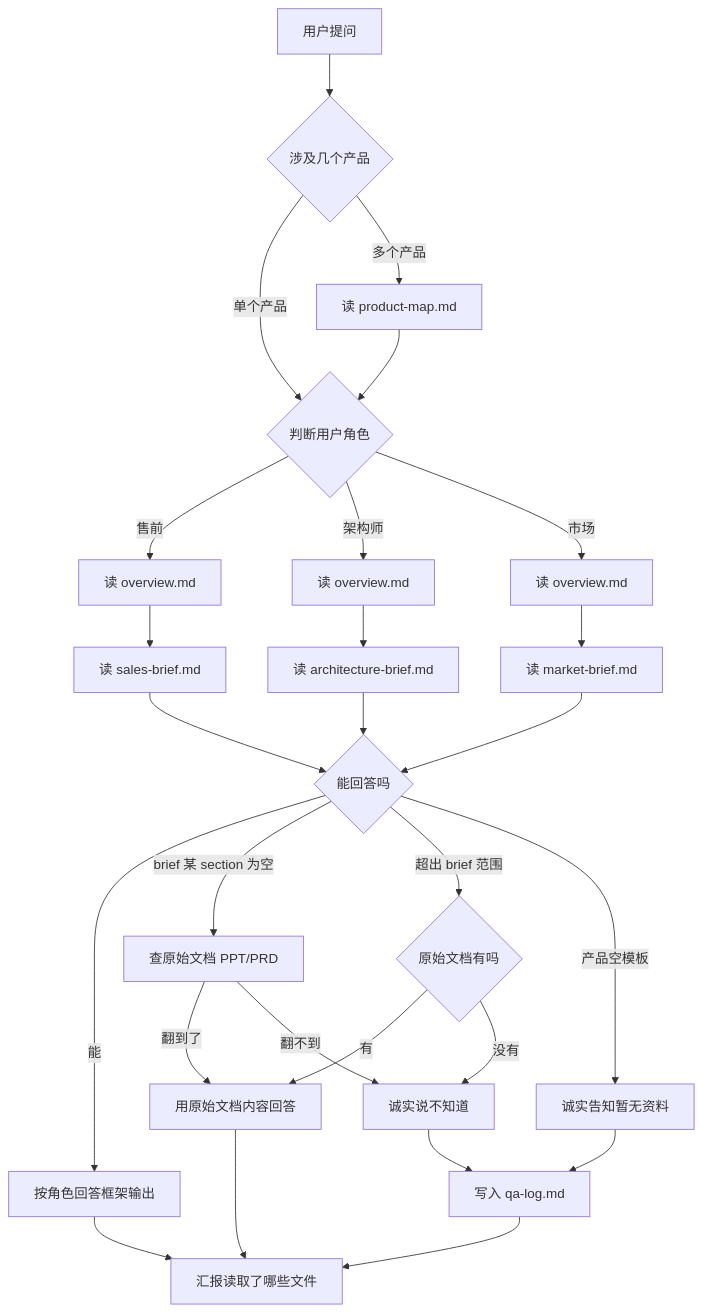
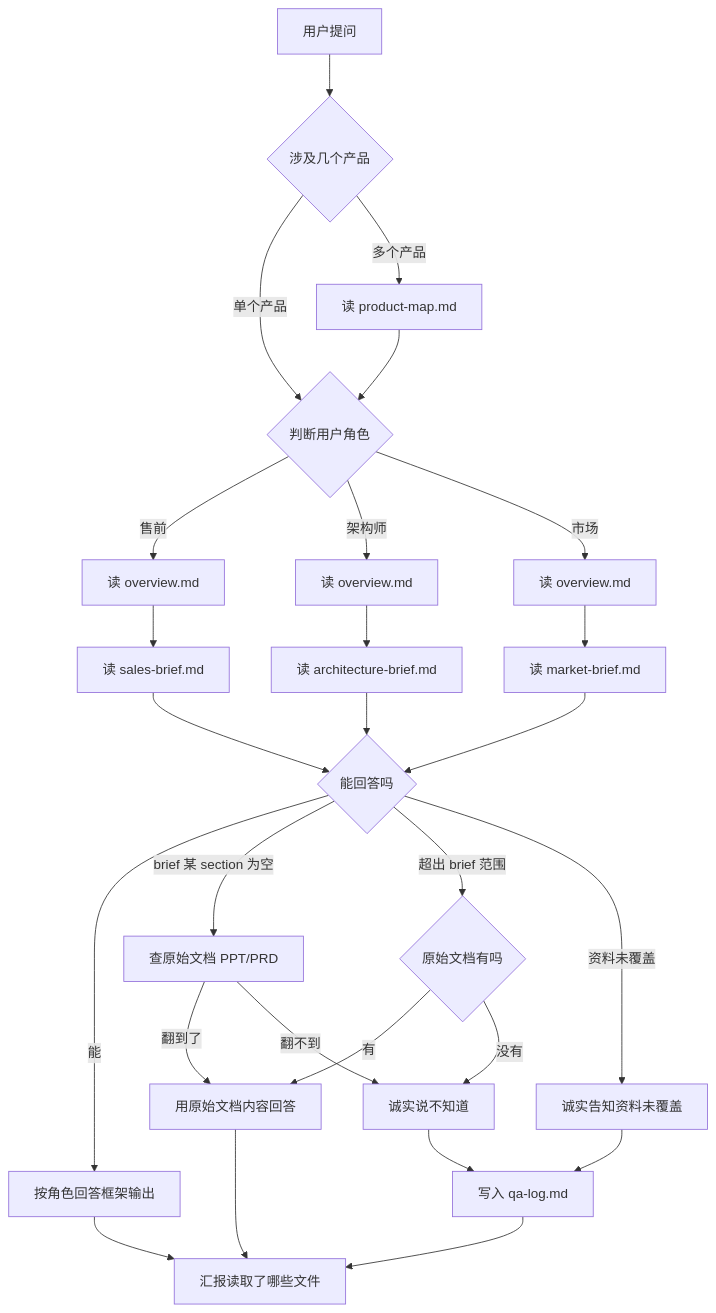
The second of 3 diagrams in agent-security-briefs/0-产品全景/项目核心逻辑.md (s7w0k/SecContent-Agent), drawn with Mermaid before and after one commit. The commit also changed other lines of this file and 90 other files, not shown here.

````diff
--- a/agent-security-briefs/0-产品全景/项目核心逻辑.md
+++ b/agent-security-briefs/0-产品全景/项目核心逻辑.md
@@ -46,36 +46,36 @@
 ```mermaid
 flowchart TD
     A[用户提问] --> B{涉及几个产品}
     B -->|单个产品| C{判断用户角色}
     B -->|多个产品| D[读 product-map.md]
     D --> C
 
     C -->|售前| E1[读 overview.md]
     E1 --> E1b[读 sales-brief.md]
     C -->|架构师| E2[读 overview.md]
     E2 --> E2b[读 architecture-brief.md]
     C -->|市场| E3[读 overview.md]
     E3 --> E3b[读 market-brief.md]
 
     E1b --> F{能回答吗}
     E2b --> F
     E3b --> F
 
     F -->|能| G[按角色回答框架输出]
     F -->|brief 某 section 为空| H1[查原始文档 PPT/PRD]
     F -->|超出 brief 范围| H2{原始文档有吗}
-    F -->|产品空模板| K[诚实告知暂无资料]
+    F -->|资料未覆盖| K[诚实告知资料未覆盖]
 
     H1 -->|翻到了| I[用原始文档内容回答]
     H1 -->|翻不到| J[诚实说不知道]
 
     H2 -->|有| I
     H2 -->|没有| J
 
     K --> L[写入 qa-log.md]
     J --> L
 
     G --> M[汇报读取了哪些文件]
     I --> M
     L --> M
 ```
````
